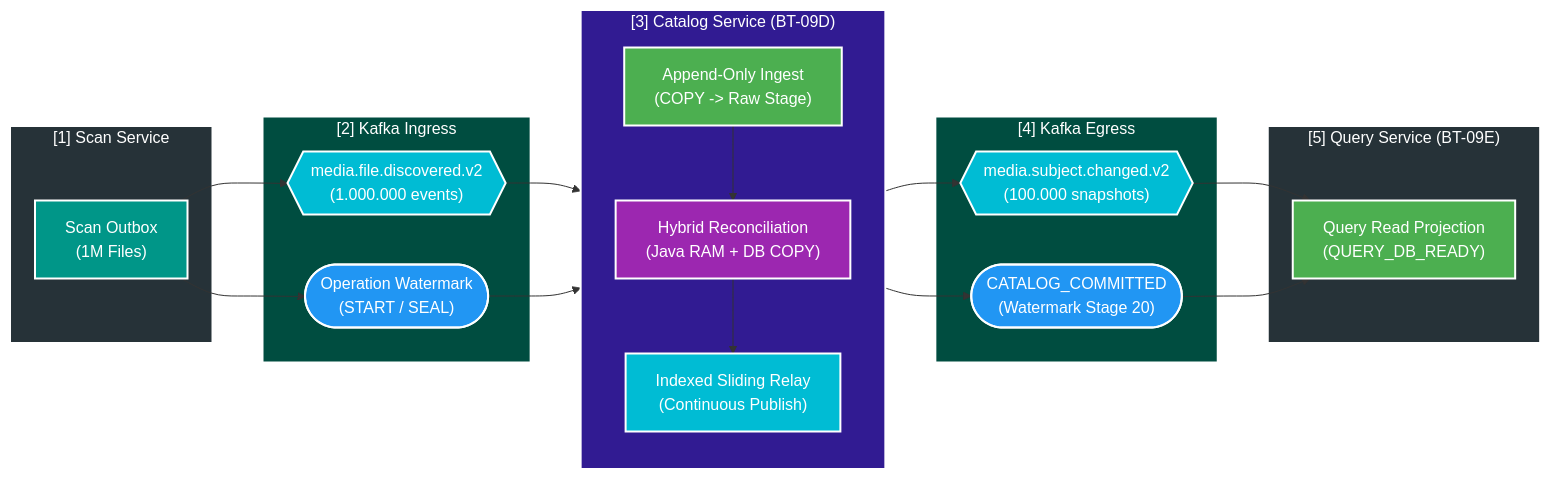
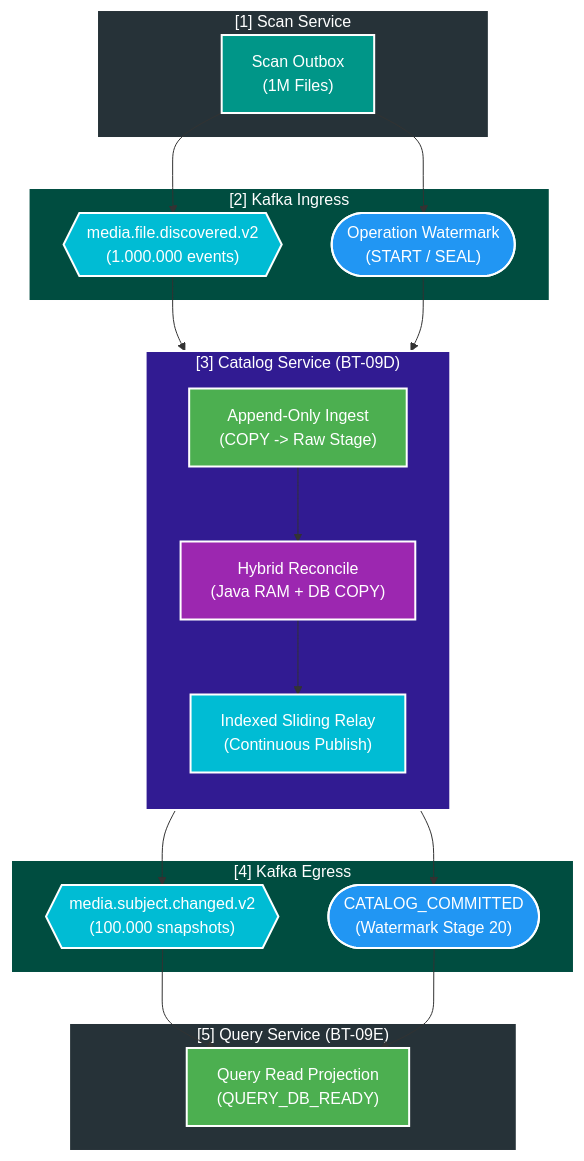
Before and after one commit to HungPhan200591/file-mngt-be-v2: the first of 6 diagrams in manual/learning/deep-dive/catalog-service/01-catalog-coalescing-and-reconciliation-deep-dive.md, drawn with Mermaid. The commit also changed other lines of this file and 2 other files, not shown here.

Commit message:
feat: update documentation for catalog coalescing and reconciliation, enhance flowcharts, and add Kafka producer configuration

````diff
--- a/manual/learning/deep-dive/catalog-service/01-catalog-coalescing-and-reconciliation-deep-dive.md
+++ b/manual/learning/deep-dive/catalog-service/01-catalog-coalescing-and-reconciliation-deep-dive.md
@@ -12,46 +12,46 @@
 ```mermaid
-flowchart LR
+flowchart TD
     subgraph SCAN["[1] Scan Service"]
         OUT["Scan Outbox\n(1M Files)"]
     end
     subgraph KAFKA1["[2] Kafka Ingress"]
         DISC{{"media.file.discovered.v2\n(1.000.000 events)"}}
         WATER1(["Operation Watermark\n(START / SEAL)"])
     end
     subgraph CATALOG["[3] Catalog Service (BT-09D)"]
         direction TB
         INGEST["Append-Only Ingest\n(COPY -> Raw Stage)"]
-        RECON["Hybrid Reconciliation\n(Java RAM + DB COPY)"]
+        RECON["Hybrid Reconcile\n(Java RAM + DB COPY)"]
         RELAY["Indexed Sliding Relay\n(Continuous Publish)"]
         INGEST --> RECON --> RELAY
     end
     subgraph KAFKA2["[4] Kafka Egress"]
         SNAP{{"media.subject.changed.v2\n(100.000 snapshots)"}}
         WATER2(["CATALOG_COMMITTED\n(Watermark Stage 20)"])
     end
     subgraph QUERY["[5] Query Service (BT-09E)"]
         PROJ["Query Read Projection\n(QUERY_DB_READY)"]
     end
     OUT --> DISC
     OUT --> WATER1
     DISC --> INGEST
     WATER1 --> RECON
     RELAY --> SNAP
     RELAY --> WATER2
     SNAP --> PROJ
     WATER2 --> PROJ
     style SCAN fill:#263238,stroke:#fff,stroke-width:2px,color:#fff
     style OUT fill:#009688,stroke:#fff,stroke-width:2px,color:#fff
     style KAFKA1 fill:#004D40,stroke:#fff,stroke-width:2px,color:#fff
     style DISC fill:#00BCD4,stroke:#fff,stroke-width:2px,color:#fff
     style WATER1 fill:#2196F3,stroke:#fff,stroke-width:2px,color:#fff
     style CATALOG fill:#311B92,stroke:#fff,stroke-width:2px,color:#fff
     style INGEST fill:#4CAF50,stroke:#fff,stroke-width:2px,color:#fff
     style RECON fill:#9C27B0,stroke:#fff,stroke-width:2px,color:#fff
     style RELAY fill:#00BCD4,stroke:#fff,stroke-width:2px,color:#fff
     style KAFKA2 fill:#004D40,stroke:#fff,stroke-width:2px,color:#fff
     style SNAP fill:#00BCD4,stroke:#fff,stroke-width:2px,color:#fff
     style WATER2 fill:#2196F3,stroke:#fff,stroke-width:2px,color:#fff
     style QUERY fill:#263238,stroke:#fff,stroke-width:2px,color:#fff
     style PROJ fill:#4CAF50,stroke:#fff,stroke-width:2px,color:#fff
 ```
````
